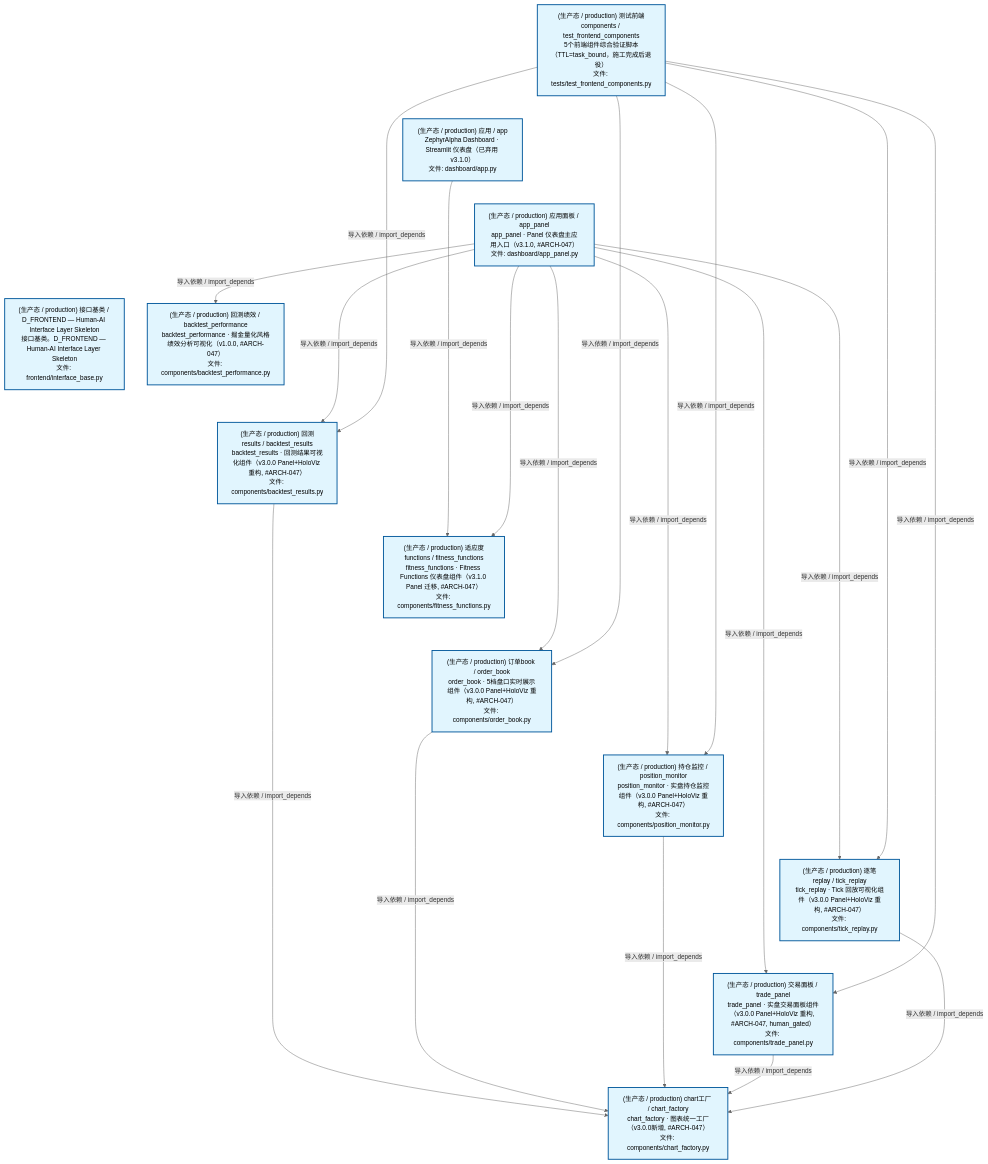
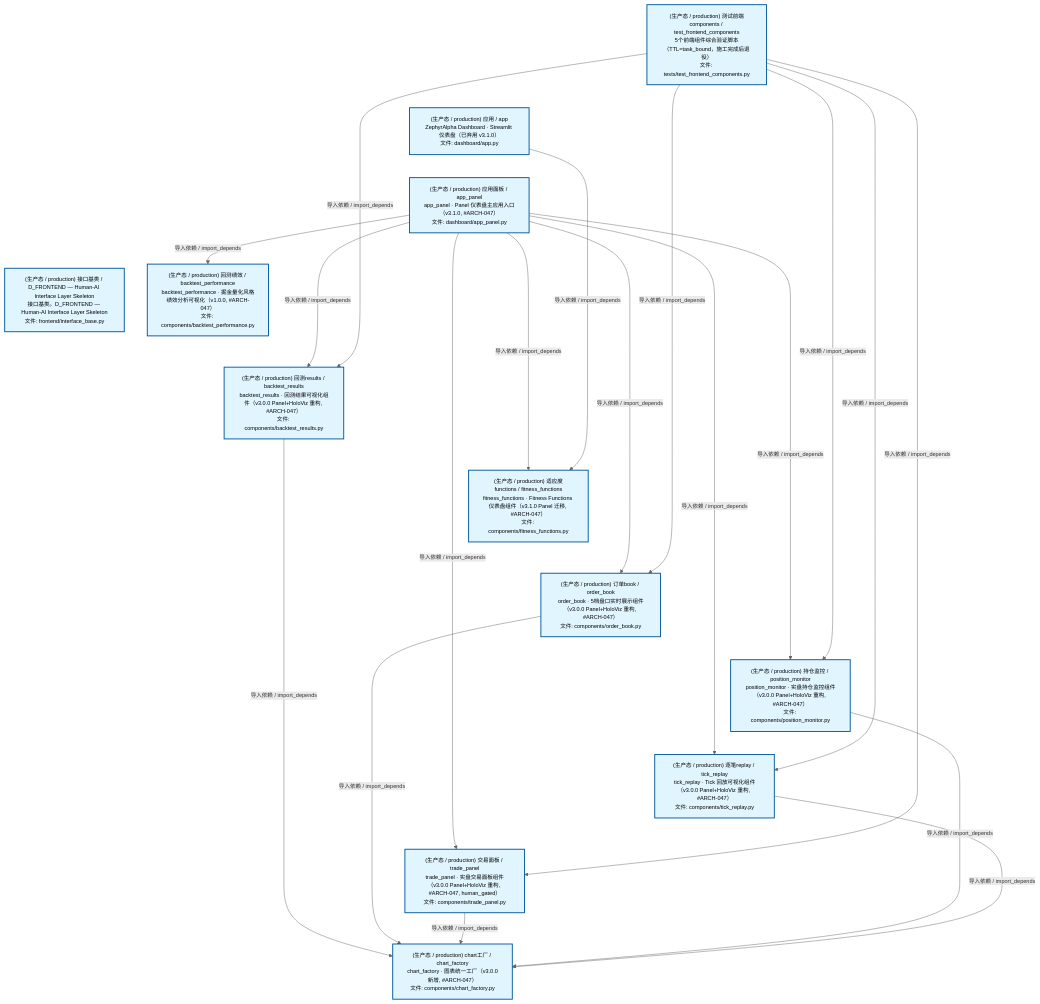
Before and after one commit to xuanFelixVan/ZephyrAlpha: the second of 4 diagrams in docs/02_enterprise_architecture/02_domain_architecture_docs/47_d_frontend.md, drawn with Mermaid. The commit also changed other lines of this file and 62 other files, not shown here.

````diff
--- a/docs/02_enterprise_architecture/02_domain_architecture_docs/47_d_frontend.md
+++ b/docs/02_enterprise_architecture/02_domain_architecture_docs/47_d_frontend.md
@@ -124,48 +124,48 @@
 ```mermaid
-%%{init: {'theme': 'base', 'themeVariables': {'primaryColor': '#eaeaea', 'primaryTextColor': '#333333', 'primaryBorderColor': '#666666', 'lineColor': '#666666', 'secondaryColor': '#eaeaea', 'tertiaryColor': '#eaeaea', 'fontSize': '14px'}}}%%
+%%{init: {'theme': 'base', 'themeVariables': {'primaryColor': '#eaeaea', 'primaryTextColor': '#333333', 'primaryBorderColor': '#666666', 'lineColor': '#666666', 'secondaryColor': '#eaeaea', 'tertiaryColor': '#eaeaea', 'fontSize': '12px'}}}%%
 flowchart TD
     scripts_tests_test_frontend_components_py["(生产态 / production) 测试前端components / test_frontend_components<br/>5个前端组件综合验证脚本（TTL=task_bound，施工完成后退役）<br/>文件: tests/test_frontend_components.py"]
     src_zephyr_frontend_dashboard_app_py["(生产态 / production) 应用 / app<br/>ZephyrAlpha Dashboard · Streamlit 仪表盘（已弃用 v3.1.0）<br/>文件: dashboard/app.py"]
     src_zephyr_frontend_dashboard_app_panel_py["(生产态 / production) 应用面板 / app_panel<br/>app_panel · Panel 仪表盘主应用入口（v3.1.0, #ARCH-047）<br/>文件: dashboard/app_panel.py"]
     src_zephyr_frontend_interface_base_py["(生产态 / production) 接口基类 / D_FRONTEND — Human-AI Interface Layer Skeleton<br/>接口基类。D_FRONTEND — Human-AI Interface Layer Skeleton<br/>文件: frontend/interface_base.py"]
     scripts_tests_test_frontend_components_py ~~~ src_zephyr_frontend_dashboard_app_py
     src_zephyr_frontend_dashboard_app_py ~~~ src_zephyr_frontend_dashboard_app_panel_py
     src_zephyr_frontend_dashboard_app_panel_py ~~~ src_zephyr_frontend_interface_base_py
     src_zephyr_frontend_dashboard_components_backtest_performance_py["(生产态 / production) 回测绩效 / backtest_performance<br/>backtest_performance · 掘金量化风格绩效分析可视化（v1.0.0, #ARCH-047）<br/>文件: components/backtest_performance.py"]
     src_zephyr_frontend_dashboard_components_backtest_results_py["(生产态 / production) 回测results / backtest_results<br/>backtest_results · 回测结果可视化组件（v3.0.0 Panel+HoloViz 重构, #ARCH-047）<br/>文件: components/backtest_results.py"]
     src_zephyr_frontend_dashboard_components_fitness_functions_py["(生产态 / production) 适应度functions / fitness_functions<br/>fitness_functions · Fitness Functions 仪表盘组件（v3.1.0 Panel 迁移, #ARCH-047）<br/>文件: components/fitness_functions.py"]
     src_zephyr_frontend_dashboard_components_order_book_py["(生产态 / production) 订单book / order_book<br/>order_book · 5档盘口实时展示组件（v3.0.0 Panel+HoloViz 重构, #ARCH-047）<br/>文件: components/order_book.py"]
     src_zephyr_frontend_dashboard_components_position_monitor_py["(生产态 / production) 持仓监控 / position_monitor<br/>position_monitor · 实盘持仓监控组件（v3.0.0 Panel+HoloViz 重构, #ARCH-047）<br/>文件: components/position_monitor.py"]
     src_zephyr_frontend_dashboard_components_tick_replay_py["(生产态 / production) 逐笔replay / tick_replay<br/>tick_replay · Tick 回放可视化组件（v3.0.0 Panel+HoloViz 重构, #ARCH-047）<br/>文件: components/tick_replay.py"]
     src_zephyr_frontend_dashboard_components_trade_panel_py["(生产态 / production) 交易面板 / trade_panel<br/>trade_panel · 实盘交易面板组件（v3.0.0 Panel+HoloViz 重构, #ARCH-047, human_gated）<br/>文件: components/trade_panel.py"]
     src_zephyr_frontend_dashboard_components_backtest_performance_py ~~~ src_zephyr_frontend_dashboard_components_backtest_results_py
     src_zephyr_frontend_dashboard_components_backtest_results_py ~~~ src_zephyr_frontend_dashboard_components_fitness_functions_py
     src_zephyr_frontend_dashboard_components_fitness_functions_py ~~~ src_zephyr_frontend_dashboard_components_order_book_py
     src_zephyr_frontend_dashboard_components_order_book_py ~~~ src_zephyr_frontend_dashboard_components_position_monitor_py
     src_zephyr_frontend_dashboard_components_position_monitor_py ~~~ src_zephyr_frontend_dashboard_components_tick_replay_py
     src_zephyr_frontend_dashboard_components_tick_replay_py ~~~ src_zephyr_frontend_dashboard_components_trade_panel_py
     src_zephyr_frontend_dashboard_components_chart_factory_py["(生产态 / production) chart工厂 / chart_factory<br/>chart_factory · 图表统一工厂（v3.0.0新增, #ARCH-047）<br/>文件: components/chart_factory.py"]
-    src_zephyr_frontend_dashboard_app_py -->|导入依赖 / import_depends| src_zephyr_frontend_dashboard_components_fitness_functions_py
+    src_zephyr_frontend_dashboard_app_panel_py -->|导入依赖 / import_depends| src_zephyr_frontend_dashboard_components_fitness_functions_py
     src_zephyr_frontend_dashboard_app_panel_py -->|导入依赖 / import_depends| src_zephyr_frontend_dashboard_components_backtest_results_py
     src_zephyr_frontend_dashboard_app_panel_py -->|导入依赖 / import_depends| src_zephyr_frontend_dashboard_components_backtest_performance_py
     src_zephyr_frontend_dashboard_app_panel_py -->|导入依赖 / import_depends| src_zephyr_frontend_dashboard_components_order_book_py
+    src_zephyr_frontend_dashboard_app_panel_py -->|导入依赖 / import_depends| src_zephyr_frontend_dashboard_components_trade_panel_py
     src_zephyr_frontend_dashboard_app_panel_py -->|导入依赖 / import_depends| src_zephyr_frontend_dashboard_components_position_monitor_py
-    src_zephyr_frontend_dashboard_app_panel_py -->|导入依赖 / import_depends| src_zephyr_frontend_dashboard_components_fitness_functions_py
-    src_zephyr_frontend_dashboard_app_panel_py -->|导入依赖 / import_depends| src_zephyr_frontend_dashboard_components_trade_panel_py
     src_zephyr_frontend_dashboard_app_panel_py -->|导入依赖 / import_depends| src_zephyr_frontend_dashboard_components_tick_replay_py
+    src_zephyr_frontend_dashboard_app_py -->|导入依赖 / import_depends| src_zephyr_frontend_dashboard_components_fitness_functions_py
     src_zephyr_frontend_dashboard_components_backtest_results_py -->|导入依赖 / import_depends| src_zephyr_frontend_dashboard_components_chart_factory_py
     src_zephyr_frontend_dashboard_components_order_book_py -->|导入依赖 / import_depends| src_zephyr_frontend_dashboard_components_chart_factory_py
+    src_zephyr_frontend_dashboard_components_trade_panel_py -->|导入依赖 / import_depends| src_zephyr_frontend_dashboard_components_chart_factory_py
     src_zephyr_frontend_dashboard_components_position_monitor_py -->|导入依赖 / import_depends| src_zephyr_frontend_dashboard_components_chart_factory_py
-    src_zephyr_frontend_dashboard_components_trade_panel_py -->|导入依赖 / import_depends| src_zephyr_frontend_dashboard_components_chart_factory_py
     src_zephyr_frontend_dashboard_components_tick_replay_py -->|导入依赖 / import_depends| src_zephyr_frontend_dashboard_components_chart_factory_py
     scripts_tests_test_frontend_components_py -->|导入依赖 / import_depends| src_zephyr_frontend_dashboard_components_backtest_results_py
     scripts_tests_test_frontend_components_py -->|导入依赖 / import_depends| src_zephyr_frontend_dashboard_components_order_book_py
+    scripts_tests_test_frontend_components_py -->|导入依赖 / import_depends| src_zephyr_frontend_dashboard_components_trade_panel_py
     scripts_tests_test_frontend_components_py -->|导入依赖 / import_depends| src_zephyr_frontend_dashboard_components_position_monitor_py
-    scripts_tests_test_frontend_components_py -->|导入依赖 / import_depends| src_zephyr_frontend_dashboard_components_trade_panel_py
     scripts_tests_test_frontend_components_py -->|导入依赖 / import_depends| src_zephyr_frontend_dashboard_components_tick_replay_py
     classDef production fill:#e1f5fe,stroke:#01579b,stroke-width:2px,color:#000
     classDef design fill:#fff3e0,stroke:#e65100,stroke-width:2px,color:#000,stroke-dasharray: 5 5
     classDef external_prod fill:#e8f4fd,stroke:#0277bd,stroke-width:1px,color:#000
     classDef external_design fill:#fff8e7,stroke:#ef6c00,stroke-width:1px,color:#000,stroke-dasharray: 5 5
     class scripts_tests_test_frontend_components_py,src_zephyr_frontend_dashboard_app_py,src_zephyr_frontend_dashboard_app_panel_py,src_zephyr_frontend_dashboard_components_backtest_performance_py,src_zephyr_frontend_dashboard_components_backtest_results_py,src_zephyr_frontend_dashboard_components_chart_factory_py,src_zephyr_frontend_dashboard_components_fitness_functions_py,src_zephyr_frontend_dashboard_components_order_book_py,src_zephyr_frontend_dashboard_components_position_monitor_py,src_zephyr_frontend_dashboard_components_tick_replay_py,src_zephyr_frontend_dashboard_components_trade_panel_py,src_zephyr_frontend_interface_base_py production
 ```
````
